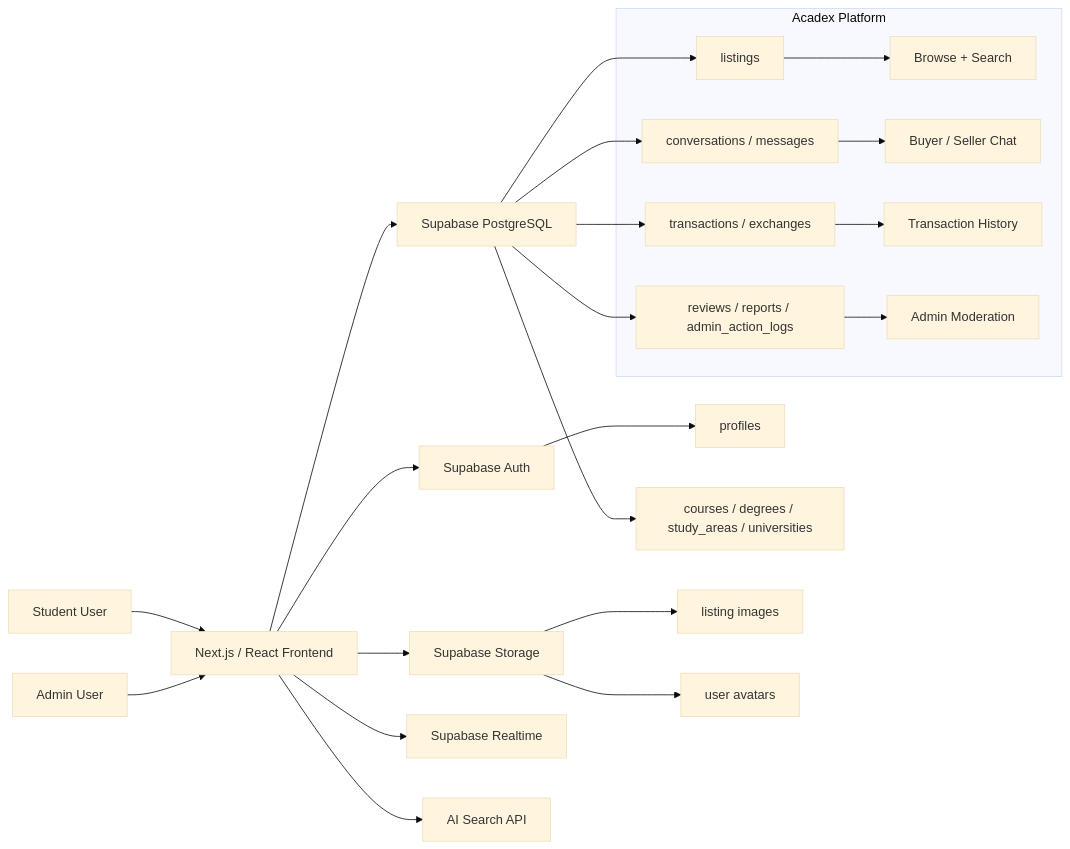
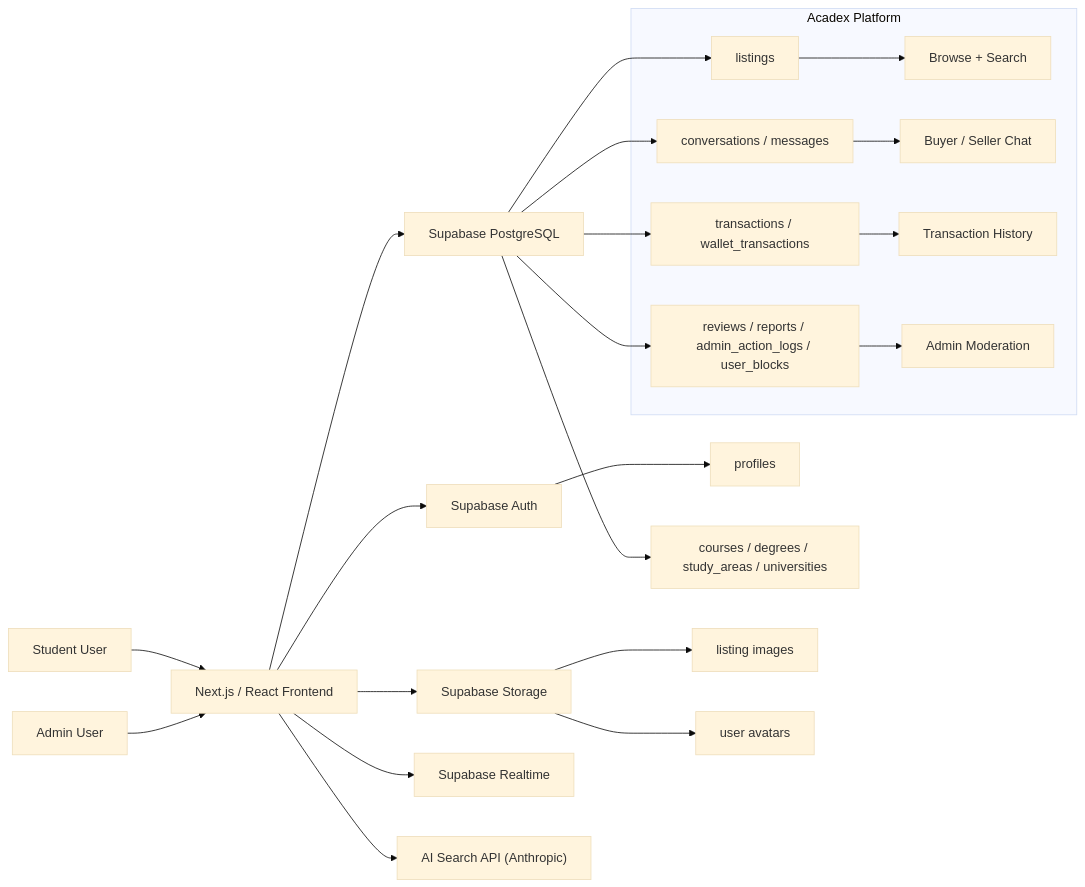
Before and after one commit to NeroliEve/159333_AcadEx: the first of 4 diagrams in README.md, drawn with Mermaid (base theme). The commit also changed other lines of this file and 19 other files, not shown here.

````diff
--- a/README.md
+++ b/README.md
@@ -71,28 +74,28 @@
 ```mermaid
 flowchart LR
   U["Student User"] --> FE["Next.js / React Frontend"]
   A["Admin User"] --> FE
 
   FE --> AUTH["Supabase Auth"]
   FE --> DB["Supabase PostgreSQL"]
   FE --> ST["Supabase Storage"]
   FE --> RT["Supabase Realtime"]
-  FE --> AI["AI Search API"]
+  FE --> AI["AI Search API (Anthropic)"]
 
   AUTH --> P["profiles"]
   DB --> L["listings"]
   DB --> C["courses / degrees / study_areas / universities"]
   DB --> M["conversations / messages"]
-  DB --> T["transactions / exchanges"]
-  DB --> R["reviews / reports / admin_action_logs"]
+  DB --> T["transactions / wallet_transactions"]
+  DB --> R["reviews / reports / admin_action_logs / user_blocks"]
 
   ST --> LI["listing images"]
   ST --> AV["user avatars"]
 
   subgraph "Acadex Platform"
     L --> B["Browse + Search"]
     M --> MSG["Buyer / Seller Chat"]
     T --> HIST["Transaction History"]
     R --> MOD["Admin Moderation"]
   end
 ```
````
